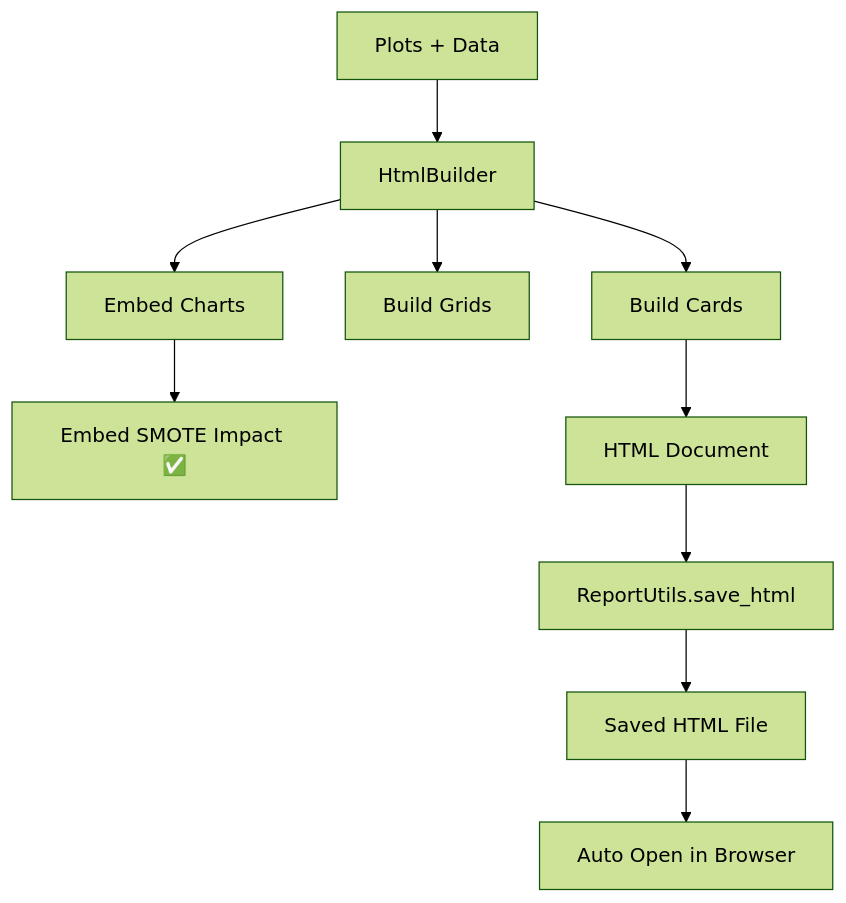
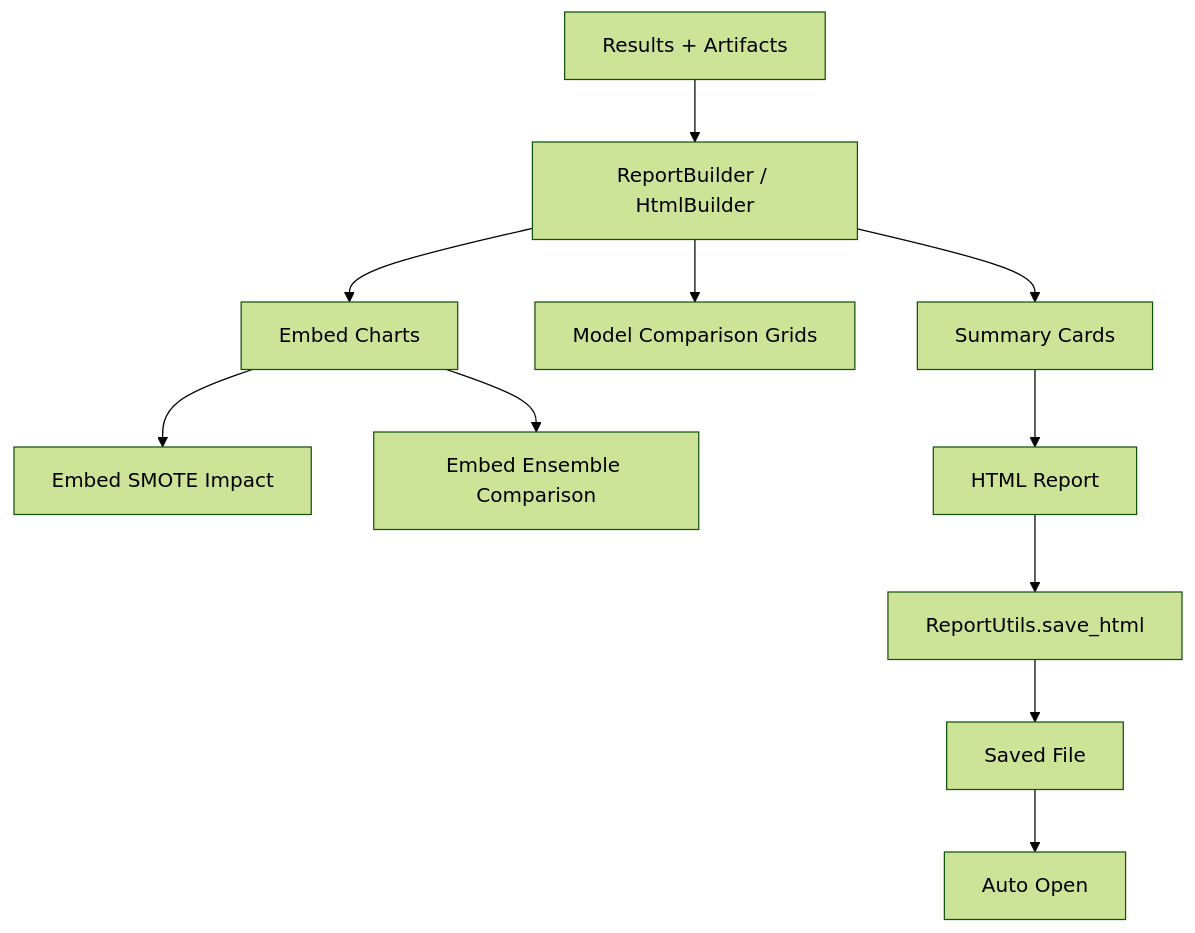
Before and after one commit to abhinavssingh/python-learnings: the sixth of 6 diagrams in lib/utility/machinelearning/README.md, drawn with Mermaid (forest theme). The commit also changed other lines of this file and 13 other files, not shown here.

````diff
--- a/lib/utility/machinelearning/README.md
+++ b/lib/utility/machinelearning/README.md
@@ -178,18 +197,19 @@
 ```mermaid
 flowchart TD
 
-    A[Plots + Data] --> B[HtmlBuilder]
+    A[Results + Artifacts] --> B[ReportBuilder / HtmlBuilder]
 
-    B --> C[Build Cards]
-    B --> D[Build Grids]
+    B --> C[Summary Cards]
+    B --> D[Model Comparison Grids]
     B --> E[Embed Charts]
 
-    E --> E1[Embed SMOTE Impact ✅]
+    E --> E1[Embed SMOTE Impact]
+    E --> E2[Embed Ensemble Comparison]
 
-    C --> F[HTML Document]
+    C --> F[HTML Report]
 
     F --> G[ReportUtils.save_html]
 
-    G --> H[Saved HTML File]
-    H --> I[Auto Open in Browser]
+    G --> H[Saved File]
+    H --> I[Auto Open]
 ```
````
